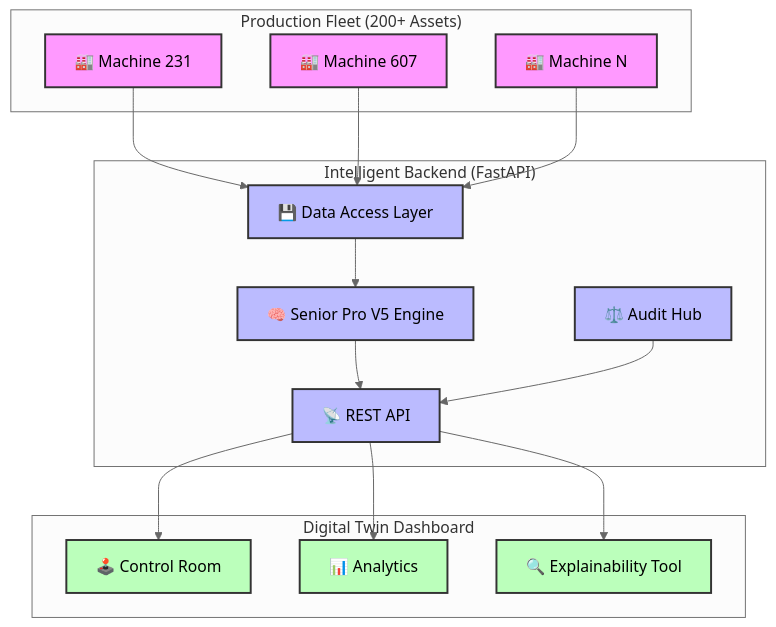
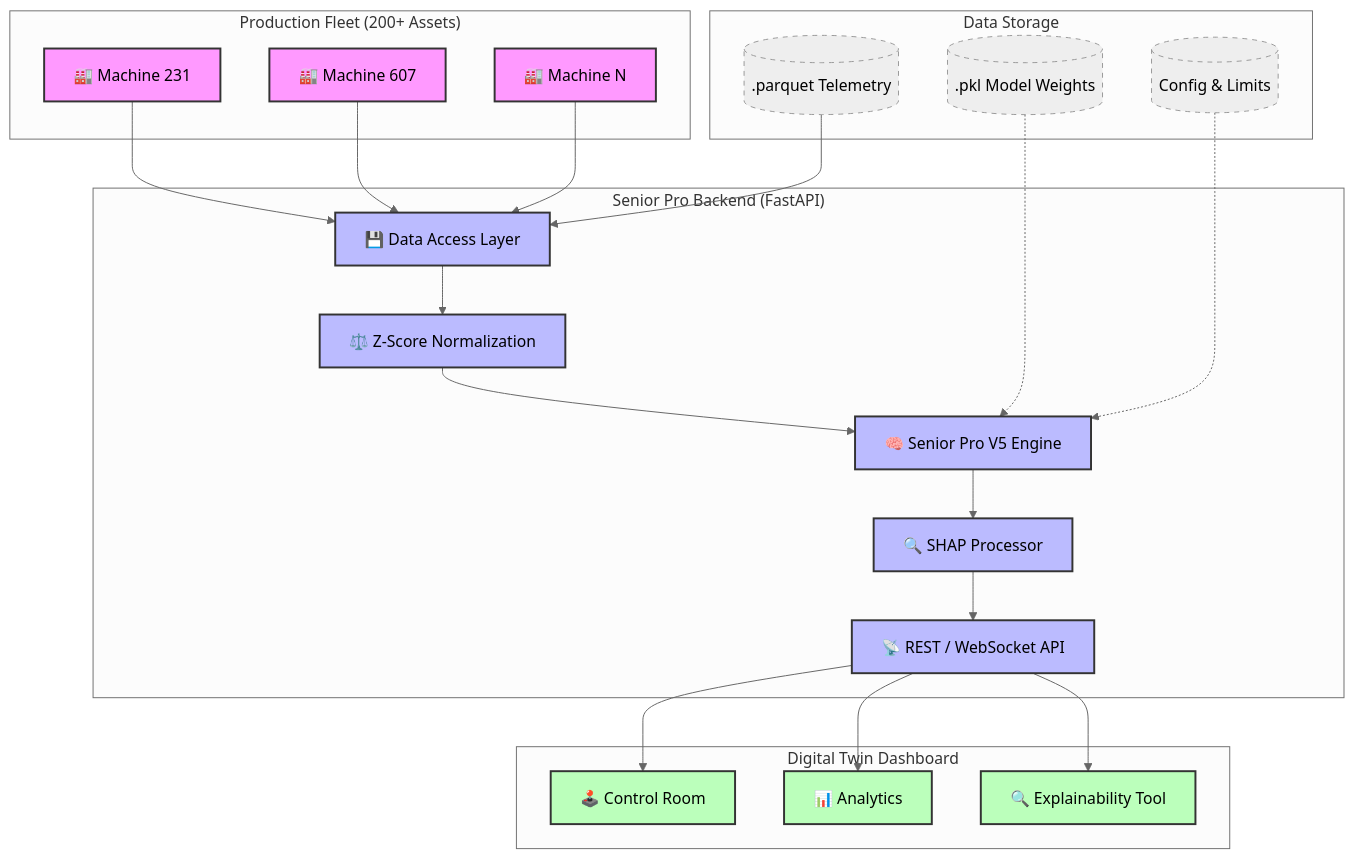
Before and after one commit to Vishh70/te-connectivity-3: the diagram in README.md, drawn with Mermaid (neutral theme). The commit also changed other lines of this file and 3 other files, not shown here.

````diff
--- a/README.md
+++ b/README.md
@@ -17,33 +17,44 @@
 ```mermaid
 graph TD
     classDef machine fill:#f9f,stroke:#333,stroke-width:2px;
     classDef backend fill:#bbf,stroke:#333,stroke-width:2px;
     classDef frontend fill:#bfb,stroke:#333,stroke-width:2px;
+    classDef data fill:#eee,stroke:#999,stroke-dasharray: 5 5;
 
     subgraph "Production Fleet (200+ Assets)"
         M1["🏭 Machine 231"]:::machine
         M2["🏭 Machine 607"]:::machine
         Mn["🏭 Machine N"]:::machine
     end
 
-    subgraph "Intelligent Backend (FastAPI)"
+    subgraph "Data Storage"
+        PQT[(".parquet Telemetry")]:::data
+        PKL[(".pkl Model Weights")]:::data
+        JSON[("Config & Limits")]:::data
+    end
+
+    subgraph "Senior Pro Backend (FastAPI)"
         DA["💾 Data Access Layer"]:::backend
+        NORM["⚖️ Z-Score Normalization"]:::backend
         INF["🧠 Senior Pro V5 Engine"]:::backend
-        VAL["⚖️ Audit Hub"]:::backend
-        API["📡 REST API"]:::backend
+        SHAP["🔍 SHAP Processor"]:::backend
+        API["📡 REST / WebSocket API"]:::backend
     end
 
     subgraph "Digital Twin Dashboard"
         DR["🕹️ Control Room"]:::frontend
         AH["📊 Analytics"]:::frontend
         XAI["🔍 Explainability Tool"]:::frontend
     end
 
     M1 & M2 & Mn --> DA
-    DA --> INF
-    INF --> API
-    VAL --> API
+    PQT --> DA
+    DA --> NORM
+    NORM --> INF
+    INF --> SHAP
+    SHAP --> API
+    PKL & JSON -.-> INF
     API --> DR
     API --> AH
     API --> XAI
 ```
````
